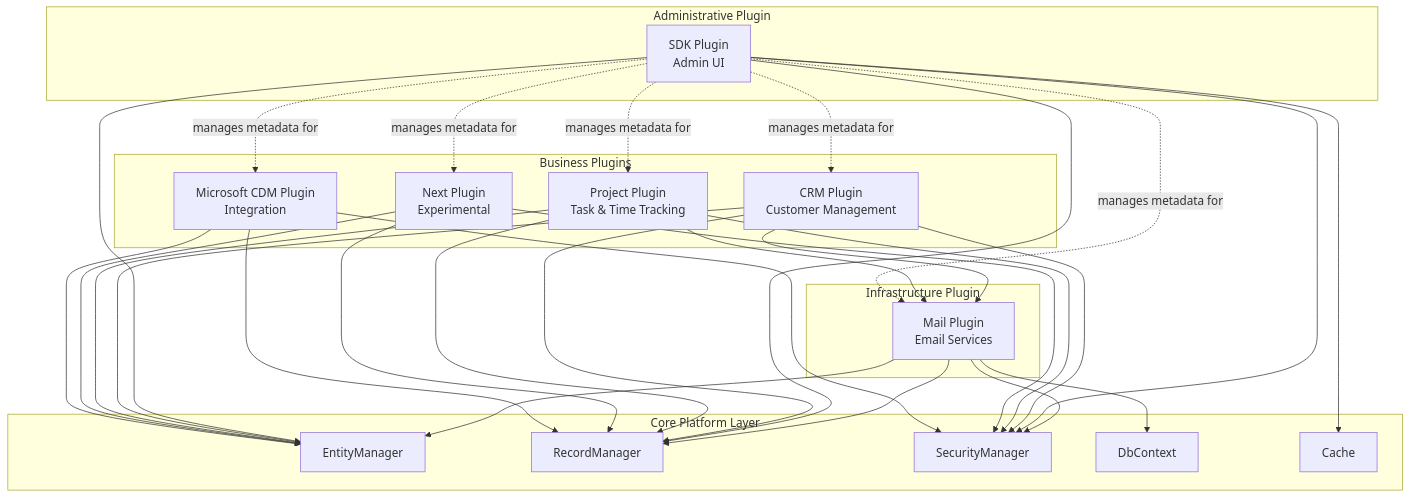
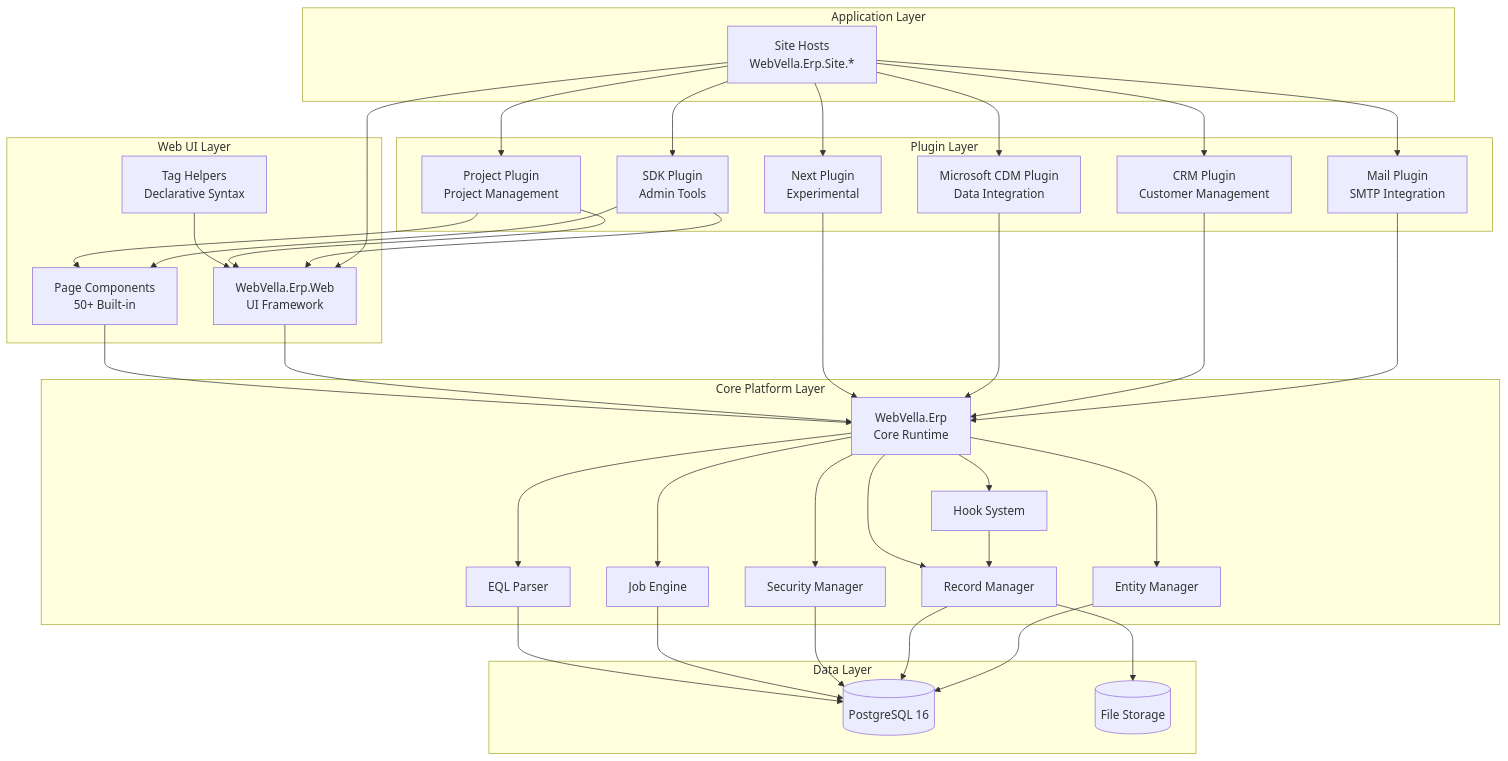
Before and after one commit to blitzy-public-samples/blitzy-WebVella-ERP: the third of 3 diagrams in docs/reverse-engineering/functional-overview.md, drawn with Mermaid. The commit also changed other lines of this file and 6 other files, not shown here.

````diff
--- a/docs/reverse-engineering/functional-overview.md
+++ b/docs/reverse-engineering/functional-overview.md
@@ -2620,59 +833,72 @@
 ```mermaid
 graph TB
-    subgraph "Core Platform Layer"
-        EntityMgr[EntityManager]
-        RecordMgr[RecordManager]
-        SecurityMgr[SecurityManager]
-        DbContext[DbContext]
-        Cache[Cache]
+    subgraph "Application Layer"
+        Sites[Site Hosts<br/>WebVella.Erp.Site.*]
     end
     
-    subgraph "Infrastructure Plugin"
-        Mail[Mail Plugin<br/>Email Services]
+    subgraph "Plugin Layer"
+        SDK[SDK Plugin<br/>Admin Tools]
+        Mail[Mail Plugin<br/>SMTP Integration]
+        Project[Project Plugin<br/>Project Management]
+        CRM[CRM Plugin<br/>Customer Management]
+        CDM[Microsoft CDM Plugin<br/>Data Integration]
+        Next[Next Plugin<br/>Experimental]
     end
     
-    subgraph "Administrative Plugin"
-        SDK[SDK Plugin<br/>Admin UI]
+    subgraph "Web UI Layer"
+        WebUI[WebVella.Erp.Web<br/>UI Framework]
+        Components[Page Components<br/>50+ Built-in]
+        TagHelpers[Tag Helpers<br/>Declarative Syntax]
     end
     
-    subgraph "Business Plugins"
-        CRM[CRM Plugin<br/>Customer Management]
-        Project[Project Plugin<br/>Task & Time Tracking]
-        Next[Next Plugin<br/>Experimental]
-        CDM[Microsoft CDM Plugin<br/>Integration]
+    subgraph "Core Platform Layer"
+        Core[WebVella.Erp<br/>Core Runtime]
+        EntityMgr[Entity Manager]
+        RecordMgr[Record Manager]
+        SecurityMgr[Security Manager]
+        JobEngine[Job Engine]
+        HookSystem[Hook System]
+        EQL[EQL Parser]
     end
     
-    Mail --> EntityMgr
-    Mail --> RecordMgr
-    Mail --> SecurityMgr
-    Mail --> DbContext
+    subgraph "Data Layer"
+        Database[(PostgreSQL 16)]
+        FileStorage[(File Storage)]
+    end
     
-    SDK --> EntityMgr
-    SDK --> RecordMgr
-    SDK --> SecurityMgr
-    SDK --> Cache
+    Sites --> SDK
+    Sites --> Mail
+    Sites --> Project
+    Sites --> CRM
+    Sites --> CDM
+    Sites --> Next
+    Sites --> WebUI
     
-    CRM --> EntityMgr
-    CRM --> RecordMgr
-    CRM --> SecurityMgr
-    CRM --> Mail
+    SDK --> WebUI
+    SDK --> Components
+    Project --> WebUI
+    Project --> Components
+    Mail --> Core
+    CRM --> Core
+    CDM --> Core
+    Next --> Core
     
-    Project --> EntityMgr
-    Project --> RecordMgr
-    Project --> SecurityMgr
-    Project --> Mail
+    WebUI --> Core
+    Components --> Core
+    TagHelpers --> WebUI
     
-    Next --> EntityMgr
-    Next --> RecordMgr
-    Next --> SecurityMgr
+    EntityMgr --> Database
+    RecordMgr --> Database
+    RecordMgr --> FileStorage
+    SecurityMgr --> Database
+    JobEngine --> Database
+    HookSystem --> RecordMgr
+    EQL --> Database
     
-    CDM --> EntityMgr
-    CDM --> RecordMgr
-    CDM --> SecurityMgr
-    
-    SDK -.manages metadata for.-> CRM
-    SDK -.manages metadata for.-> Project
-    SDK -.manages metadata for.-> Mail
-    SDK -.manages metadata for.-> Next
-    SDK -.manages metadata for.-> CDM
+    Core --> EntityMgr
+    Core --> RecordMgr
+    Core --> SecurityMgr
+    Core --> JobEngine
+    Core --> HookSystem
+    Core --> EQL
 ```
````
